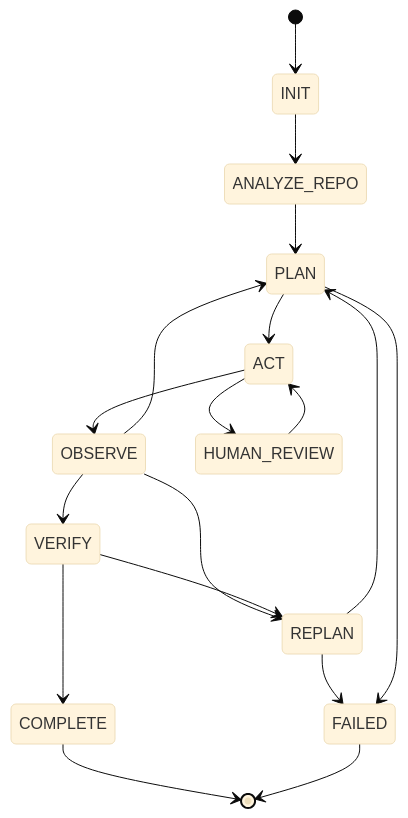
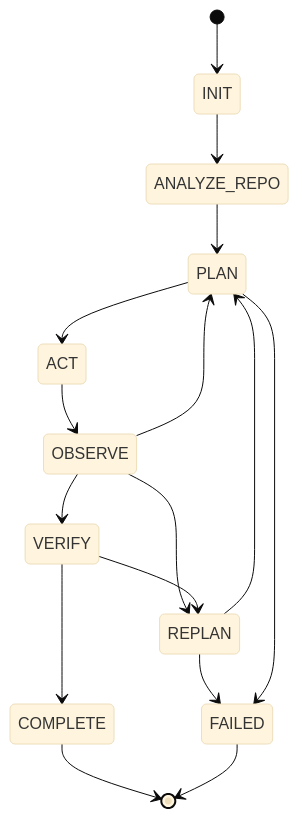
The diagram in docs/architecture.md (vaibhav3000/repo-engineer), drawn with Mermaid (base theme) before and after one commit. The commit also changed 7 other files, not shown here.

````diff
--- a/docs/architecture.md
+++ b/docs/architecture.md
@@ -10,20 +10,18 @@
 ```mermaid
 stateDiagram-v2
     [*] --> INIT
     INIT --> ANALYZE_REPO
     ANALYZE_REPO --> PLAN
     PLAN --> ACT
     ACT --> OBSERVE
-    ACT --> HUMAN_REVIEW
-    HUMAN_REVIEW --> ACT
     OBSERVE --> PLAN
     OBSERVE --> VERIFY
     OBSERVE --> REPLAN
     REPLAN --> PLAN
     REPLAN --> FAILED
     VERIFY --> COMPLETE
     VERIFY --> REPLAN
     PLAN --> FAILED
     COMPLETE --> [*]
     FAILED --> [*]
 ```
````
